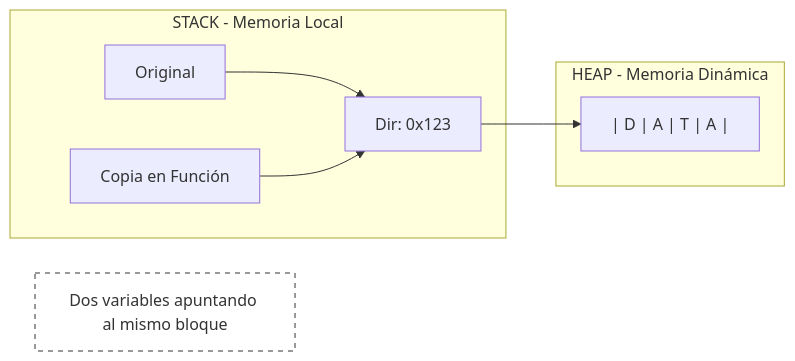
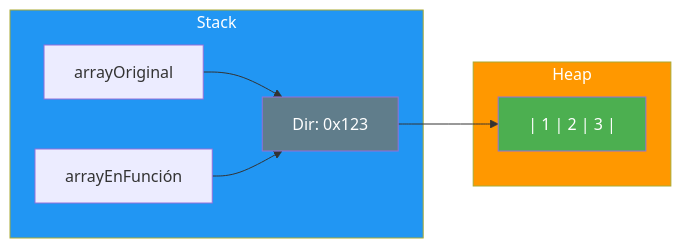
Before and after one commit to joseluisgs/Programacion-03-2026-2027: the second of 4 diagrams in 02-arrays-unidimensionales.md, drawn with Mermaid. The commit also changed other lines of this file and 7 other files, not shown here.

````diff
--- a/02-arrays-unidimensionales.md
+++ b/02-arrays-unidimensionales.md
@@ -167,12 +187,14 @@
 ```mermaid
 graph LR
-    subgraph Stack ["STACK - Memoria Local"]
-        A[Original] --> PTR["Dir: 0x123"]
-        B["Copia en Función"] --> PTR
+    subgraph STACK ["Stack"]
+        A["arrayOriginal"] --> PTR["Dir: 0x123"]
+        B["arrayEnFunción"] --> PTR
     end
-    subgraph Heap ["HEAP - Memoria Dinámica"]
-        PTR --> DATA["| D | A | T | A |"]
+    subgraph HEAP ["Heap"]
+        PTR --> DATA["| 1 | 2 | 3 |"]
     end
-    INFO["Dos variables apuntando al mismo bloque"]
-    style INFO fill:#fff,stroke:#333,stroke-dasharray: 5 5
+    style STACK fill:#2196F3,color:#fff
+    style HEAP fill:#FF9800,color:#fff
+    style PTR fill:#607D8B,color:#fff
+    style DATA fill:#4CAF50,color:#fff
 ```
````
